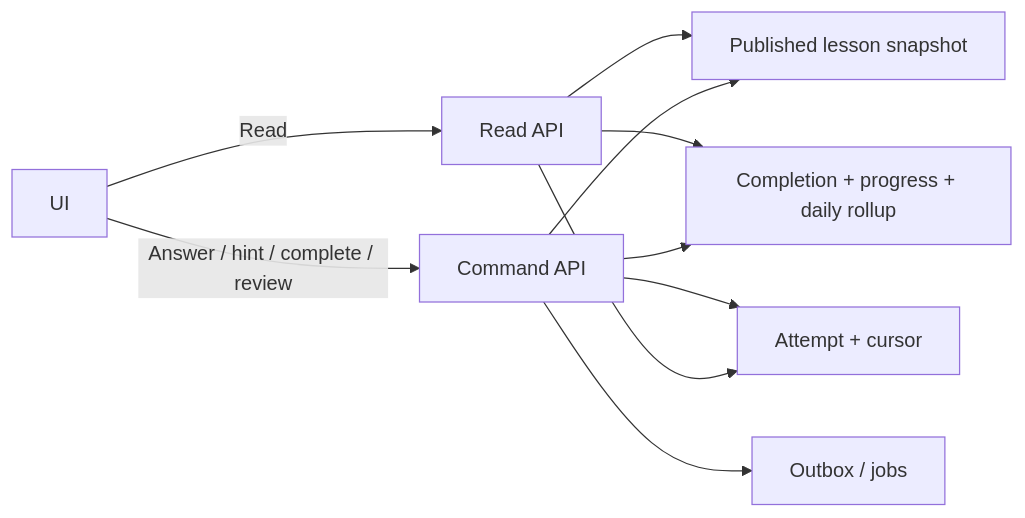
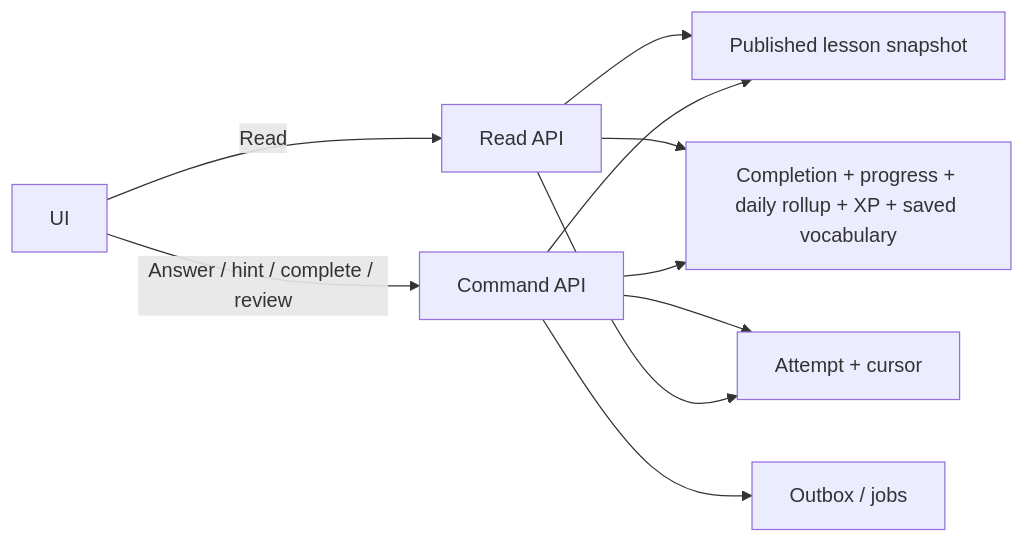
One commit to HIspcvn/English-Learning-Platform changed the third of 5 diagrams in docs/architecture/01-system-architecture.md. Above: the diagram before and after it, drawn with Mermaid. The commit also changed other lines of this file and 29 other files, not shown here.

Commit message:
docs: finalize feature parity and architecture contracts

````diff
--- a/docs/architecture/01-system-architecture.md
+++ b/docs/architecture/01-system-architecture.md
@@ -64,19 +64,19 @@
 ```mermaid
 flowchart LR
   UI["UI"]
   CMD["Command API"]
   Q["Read API"]
   P["Published lesson snapshot"]
   ATT["Attempt + cursor"]
-  PR["Completion + progress + daily rollup"]
+  PR["Completion + progress + daily rollup + XP + saved vocabulary"]
   OB["Outbox / jobs"]
   UI -->|Read| Q
   Q --> P
   Q --> PR
   UI -->|Answer / hint / complete / review| CMD
   CMD --> P
   CMD --> ATT
   CMD --> PR
   CMD --> OB
   Q --> ATT
 ```
````
